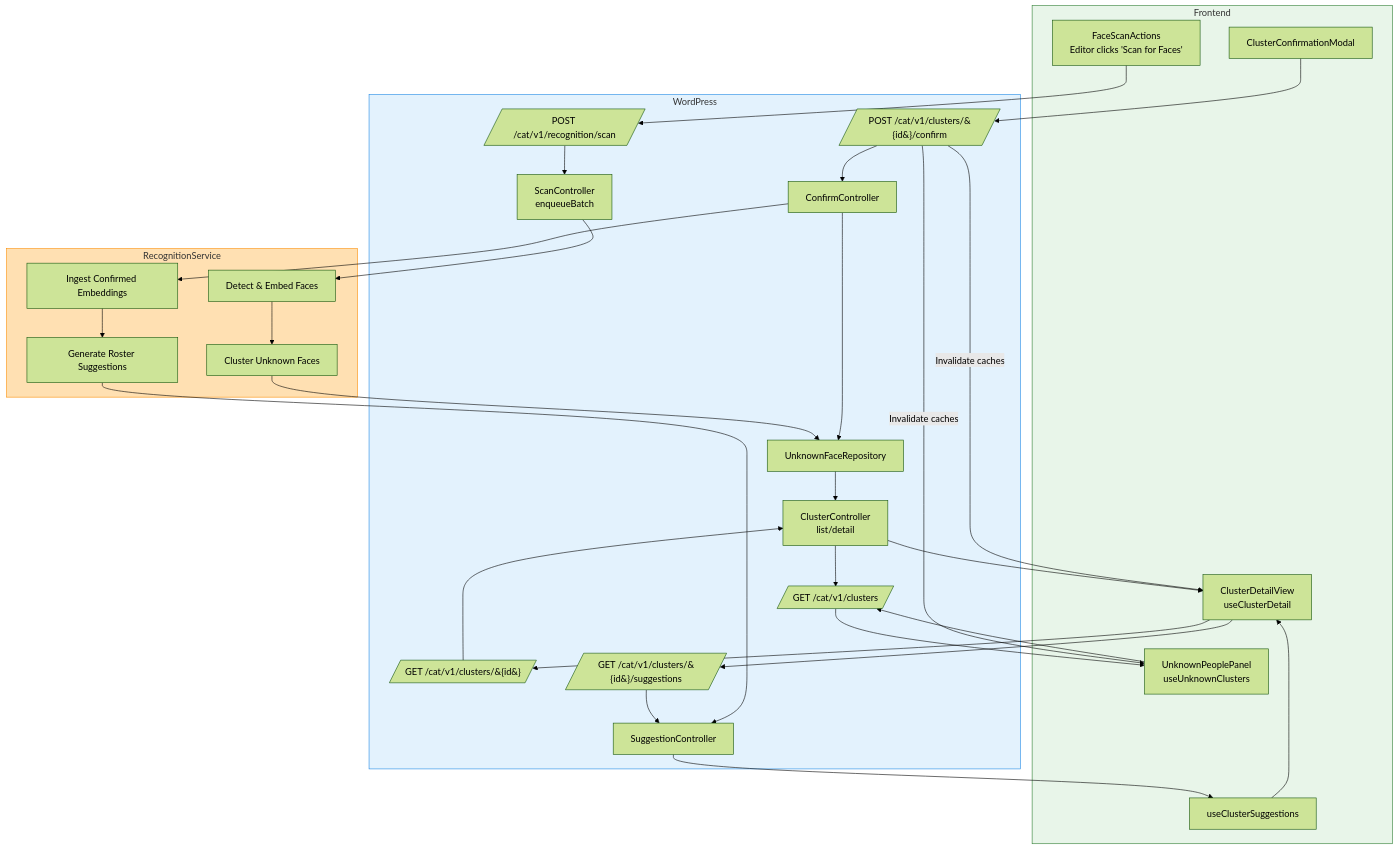
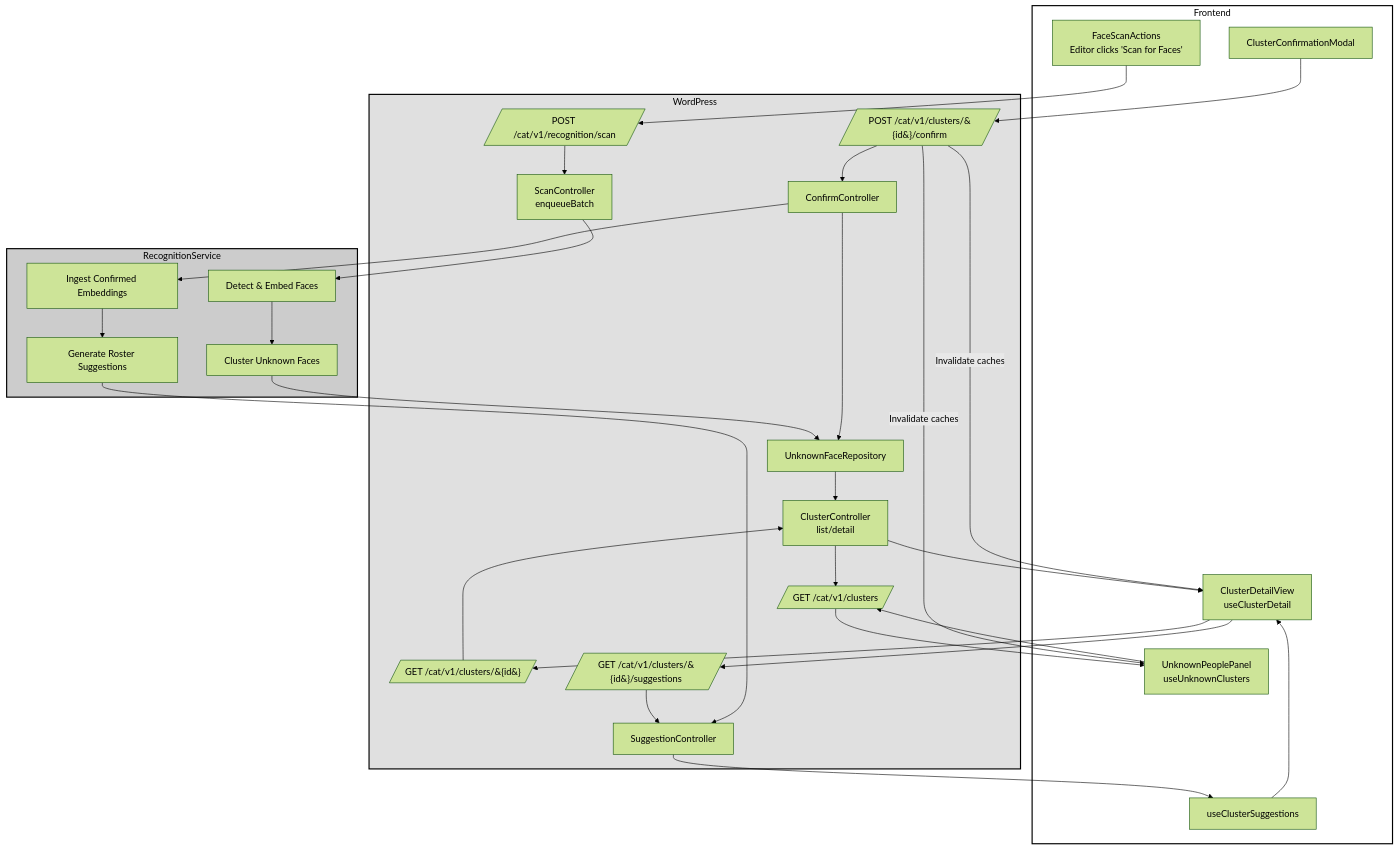
The diagram in docs/architecture/frontend-uml/face-recognition-workflow.mmd (darce/context-alt-text-monorepo), drawn with Mermaid (forest theme) before and after one commit. The commit also changed 28 other files, not shown here.

Commit message:
docs: rework uml diagrams

```diff
--- a/docs/architecture/frontend-uml/face-recognition-workflow.mmd
+++ b/docs/architecture/frontend-uml/face-recognition-workflow.mmd
@@ -1,64 +1,64 @@
 flowchart TD
 %% Remote Face Recognition Workflow (Oct 2025)
 %% Frontend consumes server-side detection, clustering, and suggestions
 
 subgraph Frontend
 	A[FaceScanActions<br/>Editor clicks 'Scan for Faces']
 	B[UnknownPeoplePanel<br/>useUnknownClusters]
 	C[ClusterDetailView<br/>useClusterDetail]
 	D[useClusterSuggestions]
 	E[ClusterConfirmationModal]
 end
 
 subgraph WordPress
 	F[/POST /cat/v1/recognition/scan/]
 	G[/GET /cat/v1/clusters/]
 	H[/GET /cat/v1/clusters/&#123;id&#125;/]
 	I[/GET /cat/v1/clusters/&#123;id&#125;/suggestions/]
 	J[/POST /cat/v1/clusters/&#123;id&#125;/confirm/]
 	K[ScanController<br/>enqueueBatch]
 	L[ClusterController<br/>list/detail]
 	M[SuggestionController]
 	N[ConfirmController]
 	O[UnknownFaceRepository]
 end
 
 subgraph RecognitionService
 	P[Detect & Embed Faces]
 	Q[Cluster Unknown Faces]
 	R[Generate Roster Suggestions]
 	S[Ingest Confirmed Embeddings]
 end
 
 A --> F
 F --> K
 K --> P
 P --> Q
 Q --> O
 O --> L
 L --> G
 B --> G
 G --> B
 
 C --> H
 H --> L
 L --> C
 
 C --> I
 I --> M
 M --> D
 D --> C
 
 E --> J
 J --> N
 N --> O
 N --> S
 S --> R
 R --> M
 
 J -->|Invalidate caches| B
 J -->|Invalidate caches| C
 
-style Frontend fill:#e8f5e9,stroke:#2e7d32,stroke-width:1px
-style WordPress fill:#e3f2fd,stroke:#1e88e5,stroke-width:1px
-style RecognitionService fill:#ffe0b2,stroke:#fb8c00,stroke-width:1px
+style Frontend fill:#ffffff,stroke:#000000,color:#000000,stroke-width:2px
+style WordPress fill:#e0e0e0,stroke:#000000,color:#000000,stroke-width:2px
+style RecognitionService fill:#cccccc,stroke:#000000,color:#000000,stroke-width:2px
```
